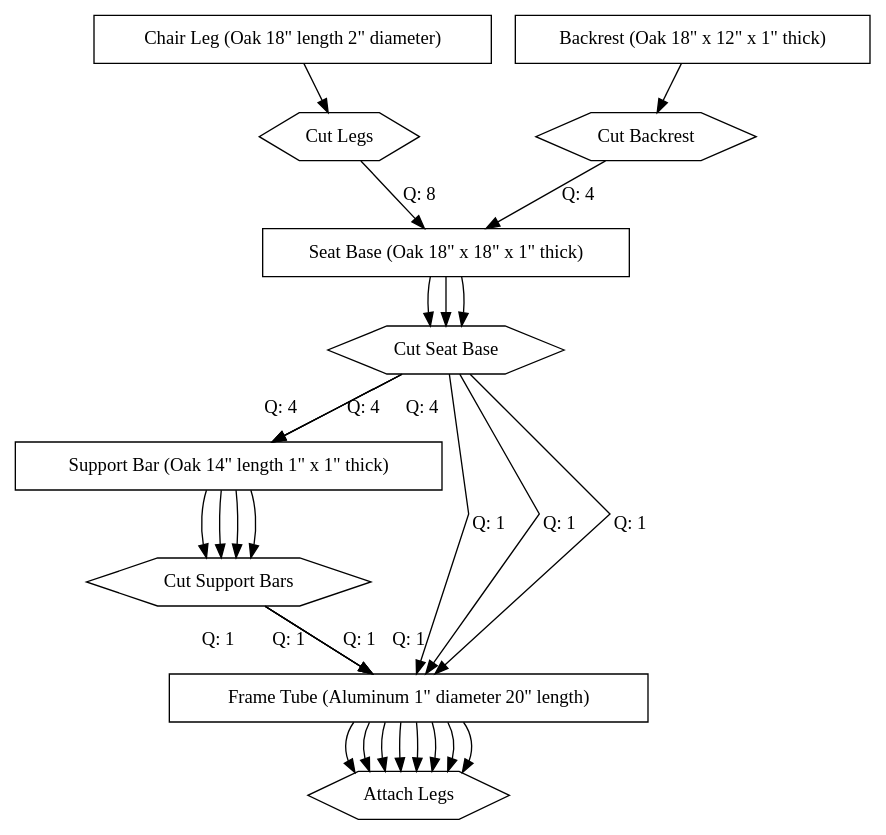
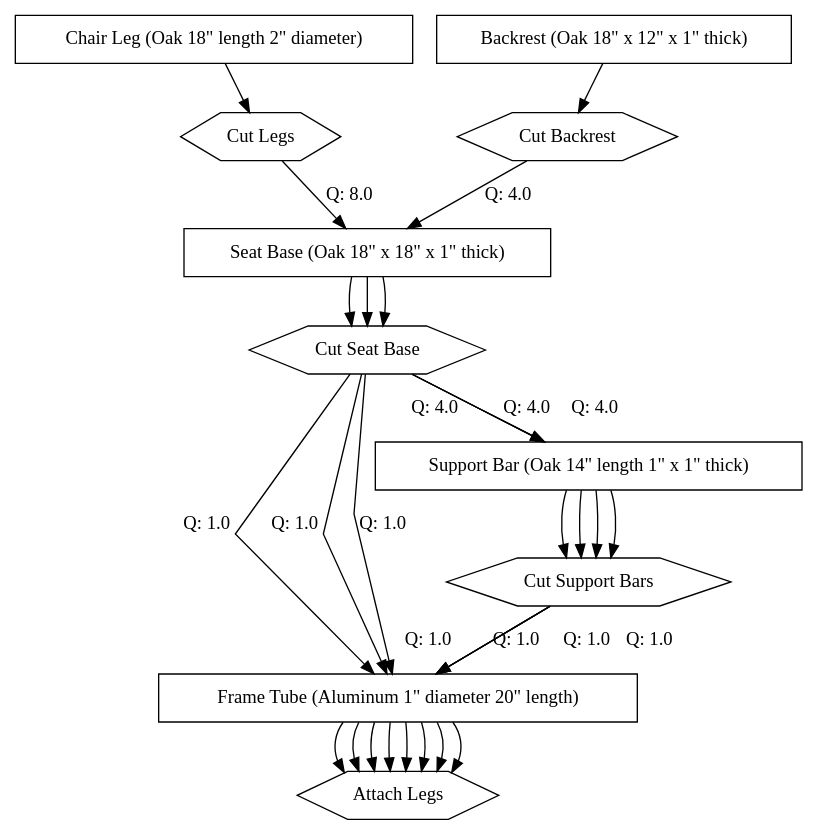
One commit to ricardomm7/buildflow changed the diagram in outFiles/production_tree.dot. Above: the diagram before and after it, drawn with Graphviz. The commit also changed 37 other files, not shown here.

```diff
--- a/outFiles/production_tree.dot
+++ b/outFiles/production_tree.dot
@@ -1,66 +1,66 @@
 digraph G {
   splines=false;
   "M1" [shape=box label="Chair Leg (Oak 18\" length 2\" diameter)"];
   "M1" -> "O3" [label=""];
   "O3" [shape=hexagon label="Cut Legs"];
-  "O3" -> "M2" [label="Q: 8"];
+  "O3" -> "M2" [label="Q: 8.0"];
   "M2" [shape=box label="Seat Base (Oak 18\" x 18\" x 1\" thick)"];
   "M2" -> "O4" [label=""];
   "O4" [shape=hexagon label="Cut Seat Base"];
-  "O4" -> "M4" [label="Q: 4"];
+  "O4" -> "M5" [label="Q: 1.0"];
+  "M5" [shape=box label="Frame Tube (Aluminum 1\" diameter 20\" length)"];
+  "M5" -> "O10" [label=""];
+  "O10" [shape=hexagon label="Attach Legs"];
+  "O4" -> "M4" [label="Q: 4.0"];
   "M4" [shape=box label="Support Bar (Oak 14\" length 1\" x 1\" thick)"];
   "M4" -> "O6" [label=""];
   "O6" [shape=hexagon label="Cut Support Bars"];
-  "O6" -> "M5" [label="Q: 1"];
-  "M5" [shape=box label="Frame Tube (Aluminum 1\" diameter 20\" length)"];
-  "M5" -> "O10" [label=""];
-  "O10" [shape=hexagon label="Attach Legs"];
-  "O4" -> "M5" [label="Q: 1"];
+  "O6" -> "M5" [label="Q: 1.0"];
   "M5" [shape=box label="Frame Tube (Aluminum 1\" diameter 20\" length)"];
   "M5" -> "O10" [label=""];
   "O10" [shape=hexagon label="Attach Legs"];
   "M2" [shape=box label="Seat Base (Oak 18\" x 18\" x 1\" thick)"];
   "M2" -> "O4" [label=""];
   "O4" [shape=hexagon label="Cut Seat Base"];
-  "O4" -> "M4" [label="Q: 4"];
+  "O4" -> "M5" [label="Q: 1.0"];
+  "M5" [shape=box label="Frame Tube (Aluminum 1\" diameter 20\" length)"];
+  "M5" -> "O10" [label=""];
+  "O10" [shape=hexagon label="Attach Legs"];
+  "O4" -> "M4" [label="Q: 4.0"];
   "M4" [shape=box label="Support Bar (Oak 14\" length 1\" x 1\" thick)"];
   "M4" -> "O6" [label=""];
   "O6" [shape=hexagon label="Cut Support Bars"];
-  "O6" -> "M5" [label="Q: 1"];
-  "M5" [shape=box label="Frame Tube (Aluminum 1\" diameter 20\" length)"];
-  "M5" -> "O10" [label=""];
-  "O10" [shape=hexagon label="Attach Legs"];
-  "O4" -> "M5" [label="Q: 1"];
+  "O6" -> "M5" [label="Q: 1.0"];
   "M5" [shape=box label="Frame Tube (Aluminum 1\" diameter 20\" length)"];
   "M5" -> "O10" [label=""];
   "O10" [shape=hexagon label="Attach Legs"];
   "M3" [shape=box label="Backrest (Oak 18\" x 12\" x 1\" thick)"];
   "M3" -> "O5" [label=""];
   "O5" [shape=hexagon label="Cut Backrest"];
-  "O5" -> "M2" [label="Q: 4"];
+  "O5" -> "M2" [label="Q: 4.0"];
   "M2" [shape=box label="Seat Base (Oak 18\" x 18\" x 1\" thick)"];
   "M2" -> "O4" [label=""];
   "O4" [shape=hexagon label="Cut Seat Base"];
-  "O4" -> "M4" [label="Q: 4"];
+  "O4" -> "M5" [label="Q: 1.0"];
+  "M5" [shape=box label="Frame Tube (Aluminum 1\" diameter 20\" length)"];
+  "M5" -> "O10" [label=""];
+  "O10" [shape=hexagon label="Attach Legs"];
+  "O4" -> "M4" [label="Q: 4.0"];
   "M4" [shape=box label="Support Bar (Oak 14\" length 1\" x 1\" thick)"];
   "M4" -> "O6" [label=""];
   "O6" [shape=hexagon label="Cut Support Bars"];
-  "O6" -> "M5" [label="Q: 1"];
-  "M5" [shape=box label="Frame Tube (Aluminum 1\" diameter 20\" length)"];
-  "M5" -> "O10" [label=""];
-  "O10" [shape=hexagon label="Attach Legs"];
-  "O4" -> "M5" [label="Q: 1"];
+  "O6" -> "M5" [label="Q: 1.0"];
   "M5" [shape=box label="Frame Tube (Aluminum 1\" diameter 20\" length)"];
   "M5" -> "O10" [label=""];
   "O10" [shape=hexagon label="Attach Legs"];
   "M4" [shape=box label="Support Bar (Oak 14\" length 1\" x 1\" thick)"];
   "M4" -> "O6" [label=""];
   "O6" [shape=hexagon label="Cut Support Bars"];
-  "O6" -> "M5" [label="Q: 1"];
+  "O6" -> "M5" [label="Q: 1.0"];
   "M5" [shape=box label="Frame Tube (Aluminum 1\" diameter 20\" length)"];
   "M5" -> "O10" [label=""];
   "O10" [shape=hexagon label="Attach Legs"];
   "M5" [shape=box label="Frame Tube (Aluminum 1\" diameter 20\" length)"];
   "M5" -> "O10" [label=""];
   "O10" [shape=hexagon label="Attach Legs"];
 }
```
